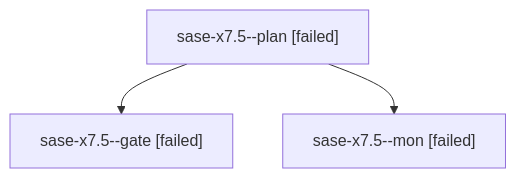
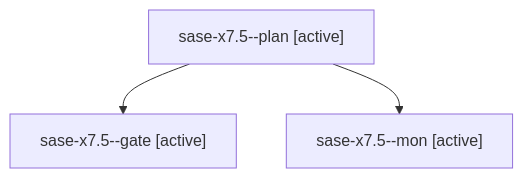
The diagram in families/bbugyi200.athena.sase-x7.5.md (sase-org/sase--agents), drawn with Mermaid before and after one commit. The commit also changed other lines of this file and 35830 other files, not shown here.

````diff
--- a/families/bbugyi200.athena.sase-x7.5.md
+++ b/families/bbugyi200.athena.sase-x7.5.md
@@ -9,8 +9,8 @@
 ```mermaid
 flowchart TD
-  n0["sase-x7.5--plan [failed]"]
-  n1["sase-x7.5--gate [failed]"]
+  n0["sase-x7.5--plan [active]"]
+  n1["sase-x7.5--gate [active]"]
   n0 --> n1
-  n2["sase-x7.5--mon [failed]"]
+  n2["sase-x7.5--mon [active]"]
   n0 --> n2
 ```
````
